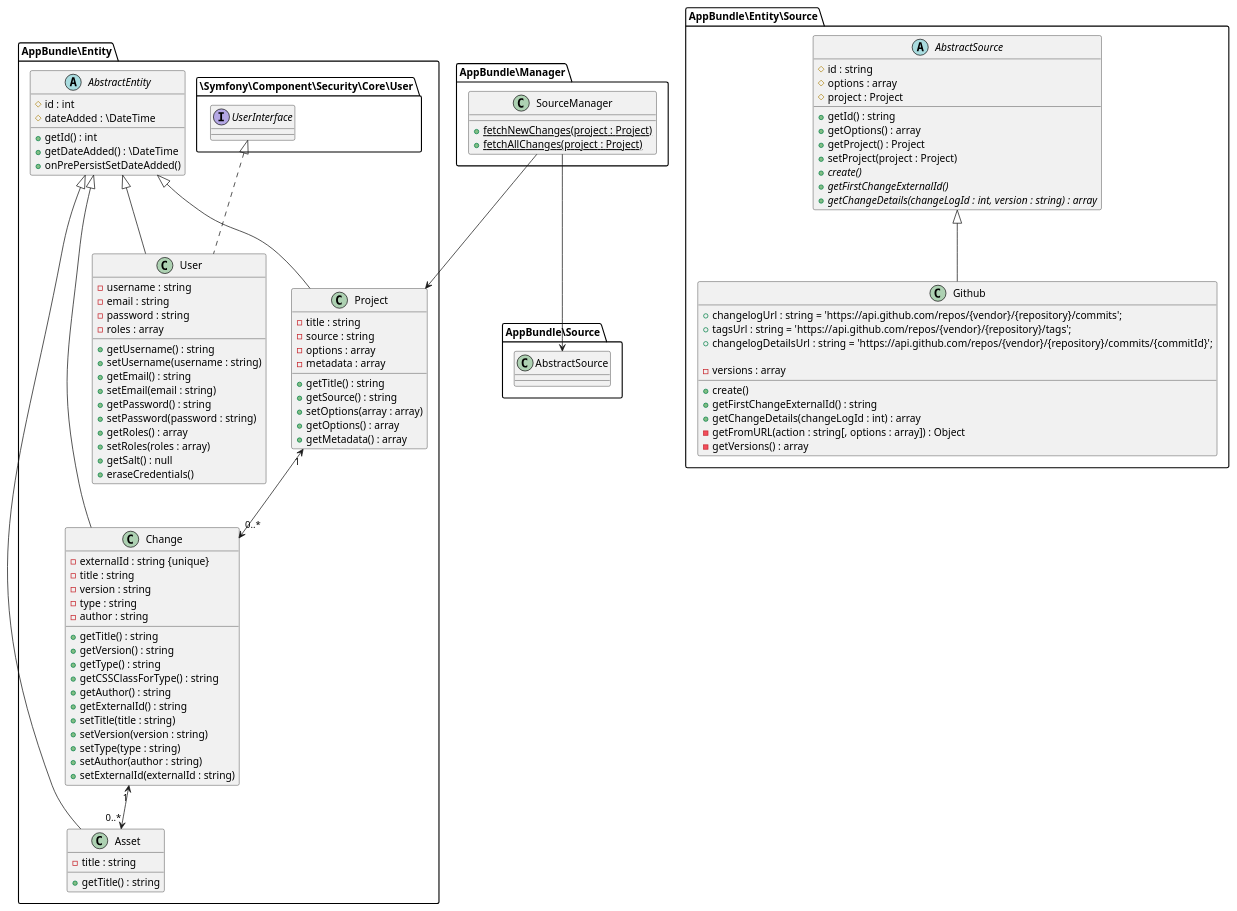
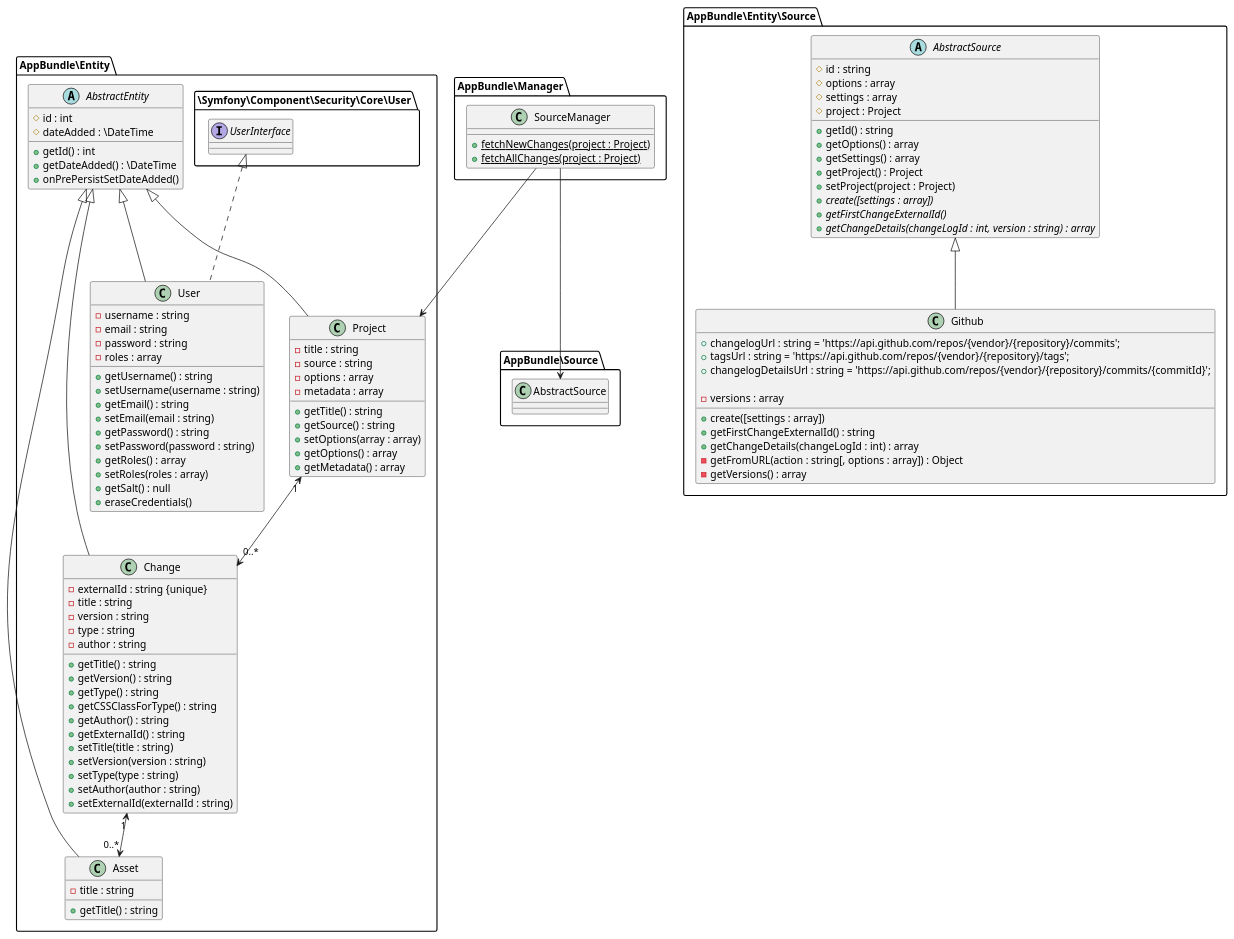
Before and after one commit to saitho/changebrowser: the diagram in src/AppBundle/Documentation/entities.puml, drawn with PlantUML. The commit also changed 2 other files, not shown here.

Commit message:
Task: Adds Source settings

```diff
--- a/src/AppBundle/Documentation/entities.puml
+++ b/src/AppBundle/Documentation/entities.puml
@@ -1,103 +1,105 @@
 @startuml
 
 AppBundle\Manager.SourceManager --> AppBundle\Entity.Project
 AppBundle\Manager.SourceManager --> AppBundle\Source.AbstractSource
 
 namespace AppBundle\Manager {
     class SourceManager {
         + {static} fetchNewChanges(project : Project)
         + {static} fetchAllChanges(project : Project)
     }
 }
 
 namespace AppBundle\Entity\Source {
     abstract class AbstractSource {
         # id : string
         # options : array
+        # settings : array
         # project : Project
         + getId() : string
         + getOptions() : array
+        + getSettings() : array
         + getProject() : Project
         + setProject(project : Project)
-        {abstract} + create()
+        {abstract} + create([settings : array])
         {abstract} + getFirstChangeExternalId()
         {abstract} + getChangeDetails(changeLogId : int, version : string) : array
     }
     class Github extends AbstractSource {
         + changelogUrl : string = 'https://api.github.com/repos/{vendor}/{repository}/commits';
 	    + tagsUrl : string = 'https://api.github.com/repos/{vendor}/{repository}/tags';
 	    + changelogDetailsUrl : string = 'https://api.github.com/repos/{vendor}/{repository}/commits/{commitId}';
 
-        + create()
+        + create([settings : array])
         + getFirstChangeExternalId() : string
         + getChangeDetails(changeLogId : int) : array
         - getFromURL(action : string[, options : array]) : Object
         - versions : array
         - getVersions() : array
     }
 }
 
 namespace AppBundle\Entity {
     abstract class AbstractEntity {
         # id : int
         # dateAdded : \DateTime
         + getId() : int
         + getDateAdded() : \DateTime
         + onPrePersistSetDateAdded()
     }
     class Asset extends AbstractEntity {
         - title : string
         + getTitle() : string
     }
     class Change extends AbstractEntity {
         - externalId : string {unique}
         - title : string
         - version : string
         - type : string
         - author : string
         + getTitle() : string
         + getVersion() : string
         + getType() : string
         + getCSSClassForType() : string
         + getAuthor() : string
         + getExternalId() : string
         + setTitle(title : string)
         + setVersion(version : string)
         + setType(type : string)
         + setAuthor(author : string)
         + setExternalId(externalId : string)
     }
     class Project extends AbstractEntity {
         - title : string
         - source : string
         - options : array
         - metadata : array
         + getTitle() : string
         + getSource() : string
         + setOptions(array : array)
         + getOptions() : array
         + getMetadata() : array
     }
     class User extends AbstractEntity implements \Symfony\Component\Security\Core\User.UserInterface {
         - username : string
         - email : string
         - password : string
         - roles : array
         + getUsername() : string
         + setUsername(username : string)
         + getEmail() : string
         + setEmail(email : string)
         + getPassword() : string
         + setPassword(password : string)
         + getRoles() : array
         + setRoles(roles : array)
         + getSalt() : null
         + eraseCredentials()
     }
 
     Change "1" <--> "0..*" Asset
     Project "1" <--> "0..*" Change
 }
 
 
 @enduml
```
